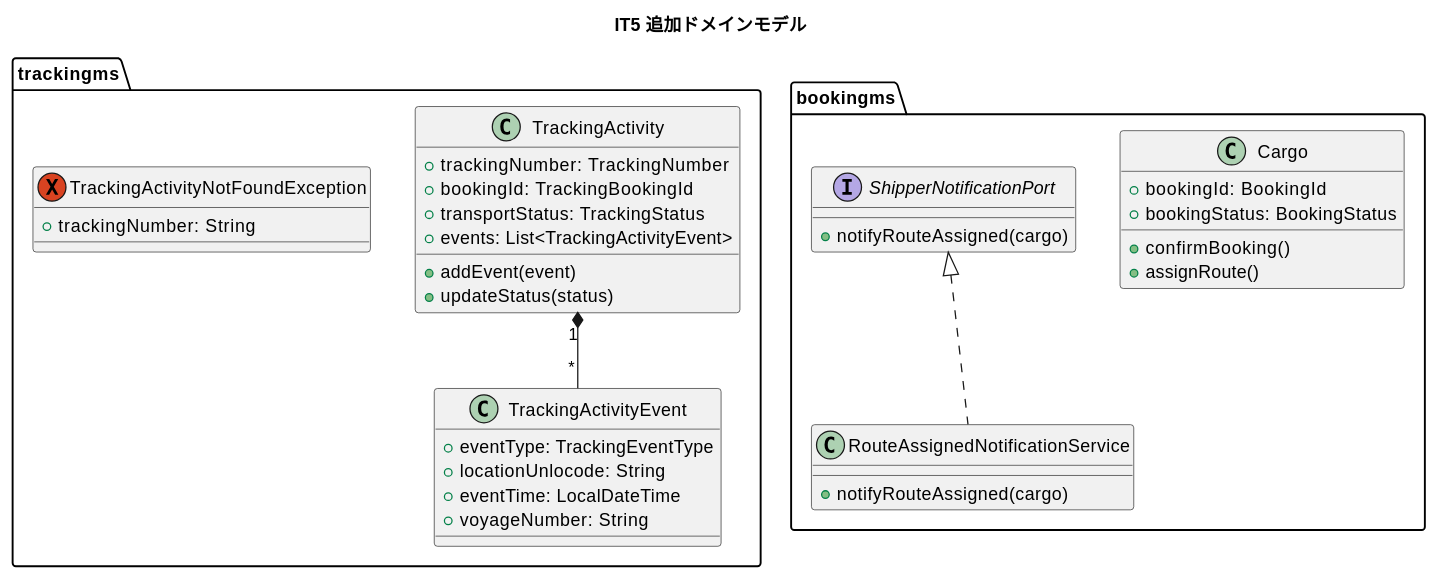
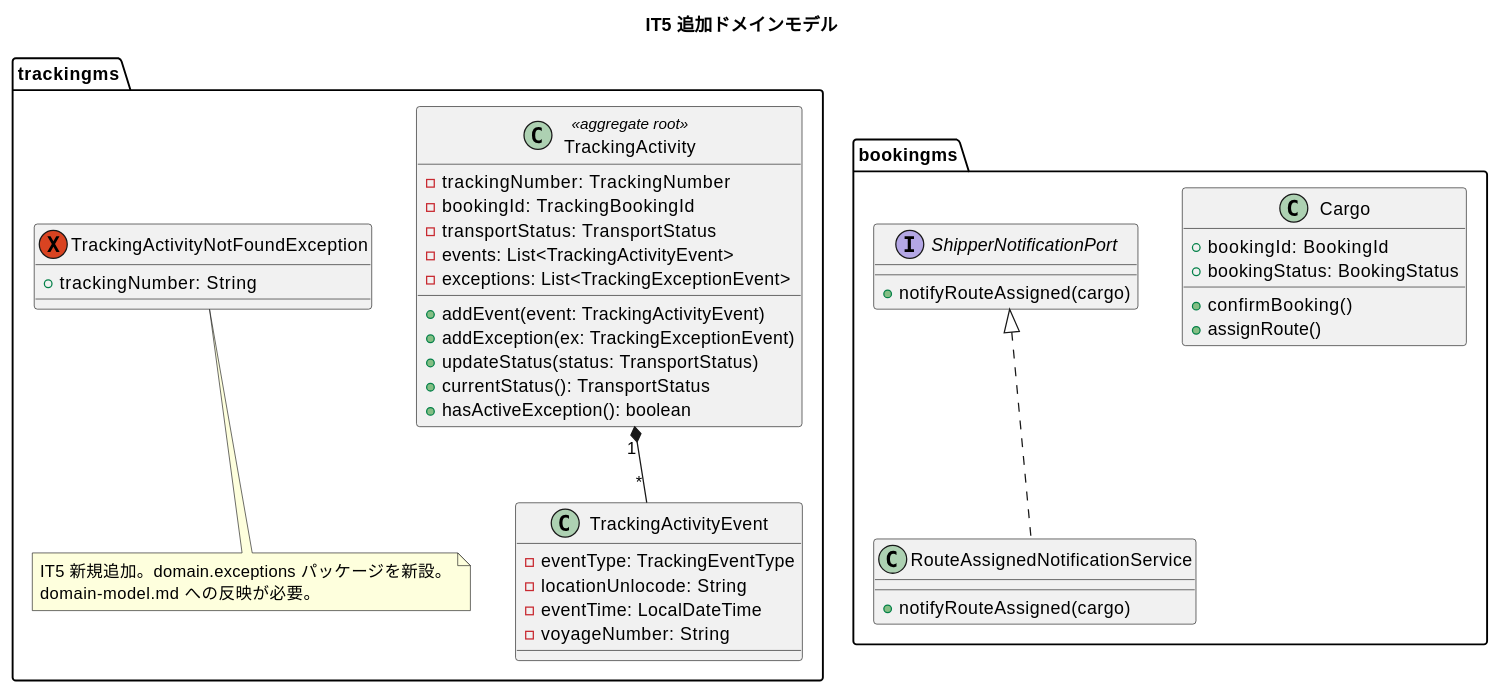
Before and after one commit to k2works/case-study-cargo-tracker: the third of 7 diagrams in docs/development/iteration_plan-5.md, drawn with PlantUML. The commit also changed other lines of this file, not shown here.

````diff
--- a/docs/development/iteration_plan-5.md
+++ b/docs/development/iteration_plan-5.md
@@ -233,42 +237,50 @@
 ```plantuml
 @startuml
 title IT5 追加ドメインモデル
 
 package "trackingms" {
-  class TrackingActivity {
-    + trackingNumber: TrackingNumber
-    + bookingId: TrackingBookingId
-    + transportStatus: TrackingStatus
-    + events: List<TrackingActivityEvent>
-    + addEvent(event)
-    + updateStatus(status)
+  class TrackingActivity <<aggregate root>> {
+    - trackingNumber: TrackingNumber
+    - bookingId: TrackingBookingId
+    - transportStatus: TransportStatus
+    - events: List<TrackingActivityEvent>
+    - exceptions: List<TrackingExceptionEvent>
+    + addEvent(event: TrackingActivityEvent)
+    + addException(ex: TrackingExceptionEvent)
+    + updateStatus(status: TransportStatus)
+    + currentStatus(): TransportStatus
+    + hasActiveException(): boolean
   }
   class TrackingActivityEvent {
-    + eventType: TrackingEventType
-    + locationUnlocode: String
-    + eventTime: LocalDateTime
-    + voyageNumber: String
+    - eventType: TrackingEventType
+    - locationUnlocode: String
+    - eventTime: LocalDateTime
+    - voyageNumber: String
   }
   exception TrackingActivityNotFoundException {
     + trackingNumber: String
   }
+  note bottom of TrackingActivityNotFoundException
+    IT5 新規追加。domain.exceptions パッケージを新設。
+    domain-model.md への反映が必要。
+  end note
   TrackingActivity "1" *-- "*" TrackingActivityEvent
 }
 
 package "bookingms" {
   class Cargo {
     + bookingId: BookingId
     + bookingStatus: BookingStatus
     + confirmBooking()
     + assignRoute()
   }
   interface ShipperNotificationPort {
     + notifyRouteAssigned(cargo)
   }
   class RouteAssignedNotificationService {
     + notifyRouteAssigned(cargo)
   }
   ShipperNotificationPort <|.. RouteAssignedNotificationService
 }
 @enduml
 ```
````
